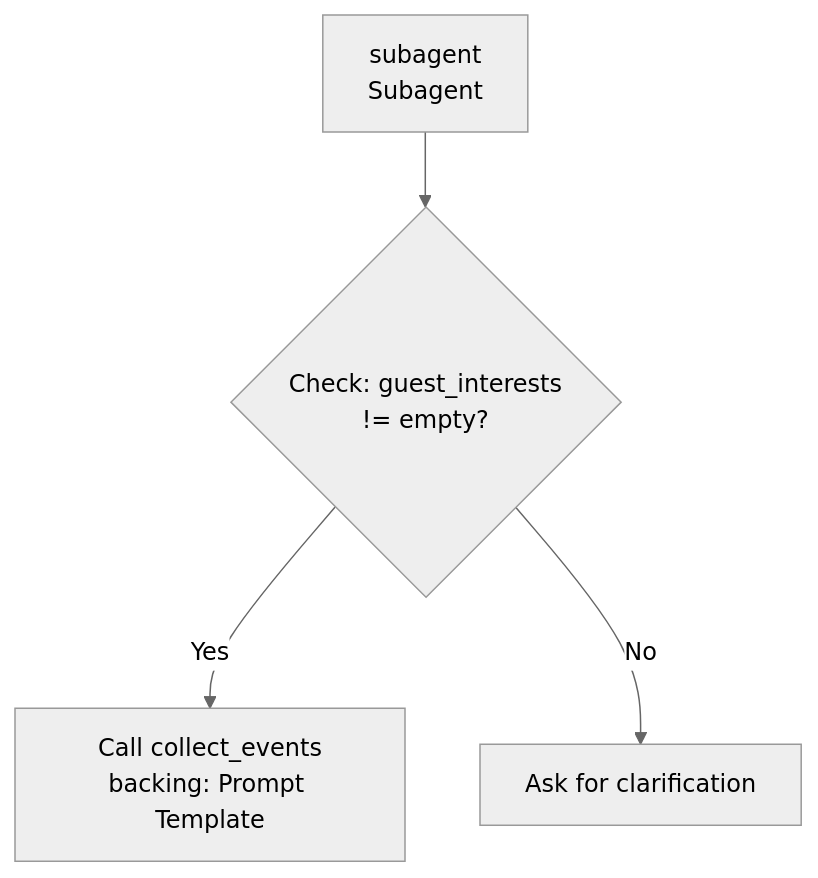
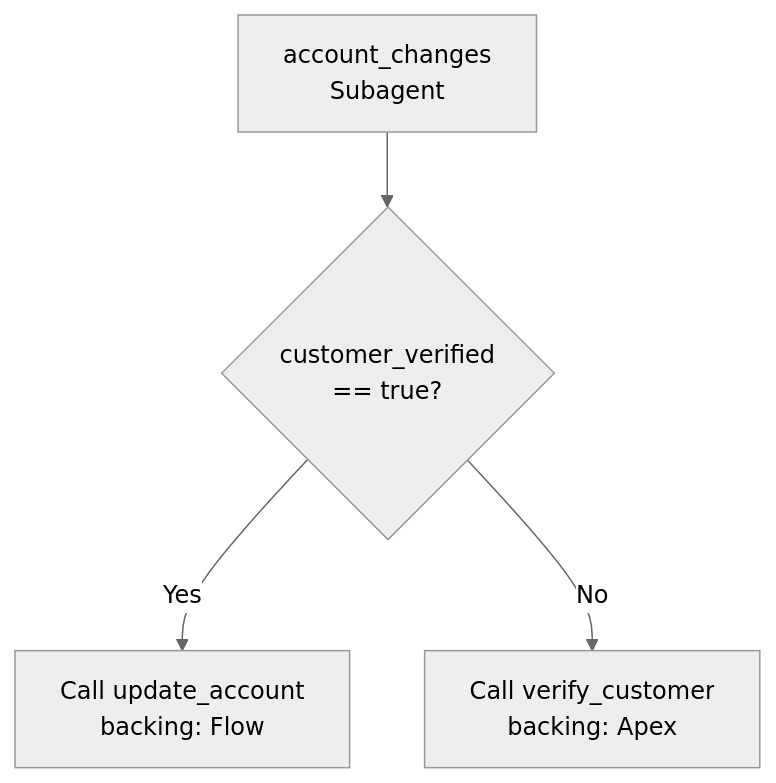
The fourth of 12 diagrams in .agents/skills/agentforce-generate/references/agent-subagent-map-diagrams.md (simon2432/agentforce-workspace), drawn with Mermaid before and after one commit. The commit also changed other lines of this file and 3703 other files, not shown here.

````diff
--- a/.agents/skills/agentforce-generate/references/agent-subagent-map-diagrams.md
+++ b/.agents/skills/agentforce-generate/references/agent-subagent-map-diagrams.md
@@ -107,7 +115,7 @@
 ```mermaid
 %%{init: {'theme':'neutral'}}%%
 graph TD
-    A[subagent<br/>Subagent] --> B{Check: guest_interests<br/>!= empty?}
-    B -->|Yes| C[Call collect_events<br/>backing: Prompt Template]
-    B -->|No| D[Ask for clarification]
+    A[account_changes<br/>Subagent] --> B{customer_verified<br/>== true?}
+    B -->|Yes| C[Call update_account<br/>backing: Flow]
+    B -->|No| D[Call verify_customer<br/>backing: Apex]
 ```
````
